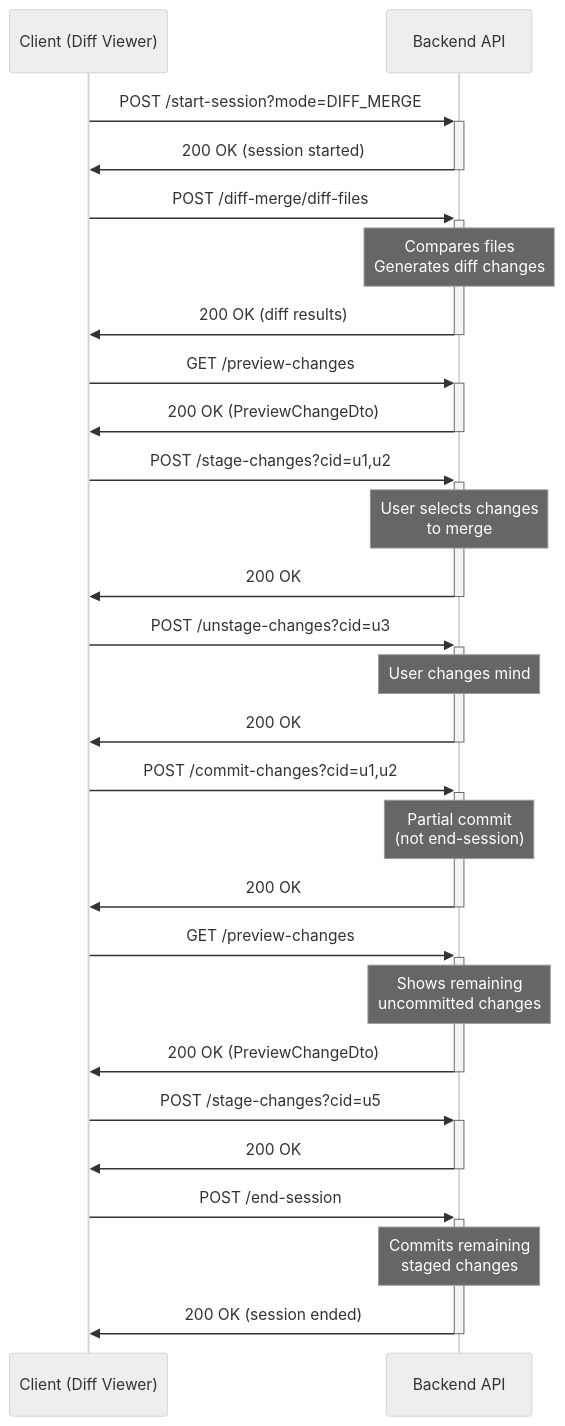
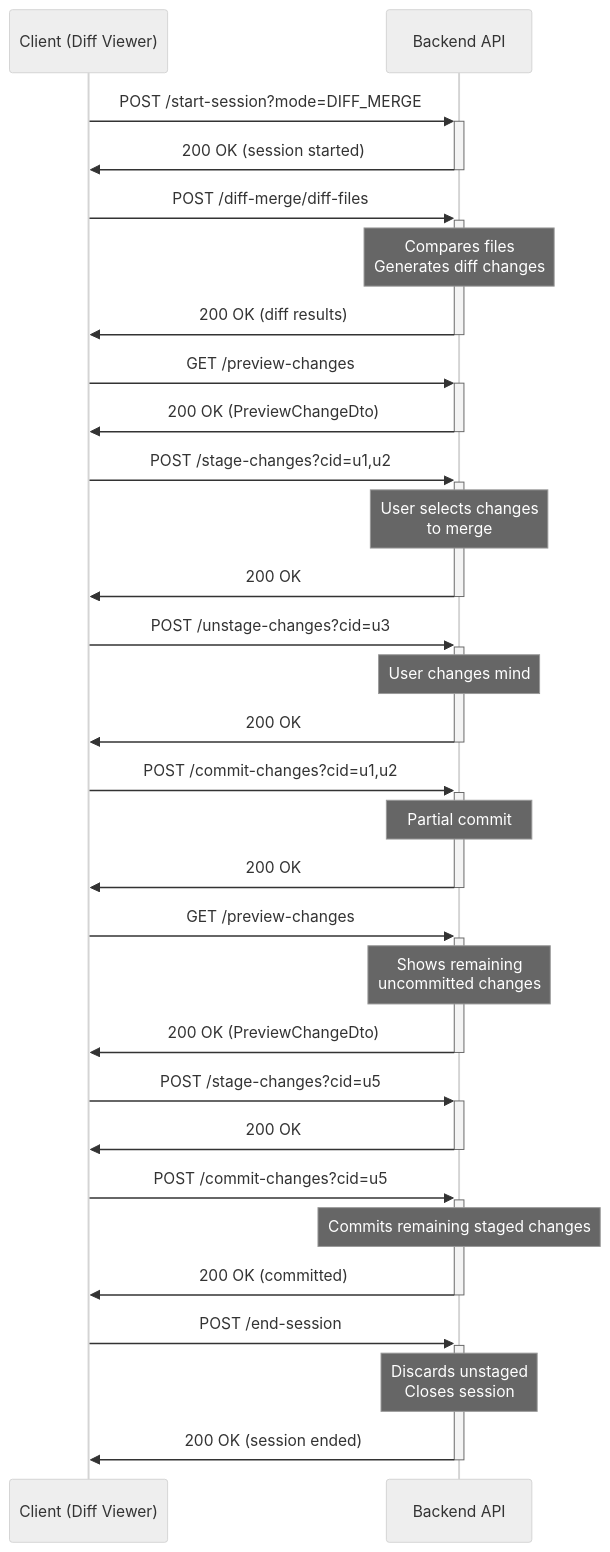
Before and after one commit to AudioReach/audioreach-creator-backend: the fourth of 4 diagrams in docs/apis/modification-framework-api-reference.md, drawn with Mermaid (neutral theme). The commit also changed other lines of this file and 19 other files, not shown here.

First line of the commit message:
docs(api): update session semantics and create-usecases response

````diff
--- a/docs/apis/modification-framework-api-reference.md
+++ b/docs/apis/modification-framework-api-reference.md
@@ -292,38 +305,42 @@
 ```mermaid
 sequenceDiagram
     participant UI as Client (Diff Viewer)
     participant API as Backend API
     
     UI->>+API: POST /start-session?mode=DIFF_MERGE
     API->>-UI: 200 OK (session started)
     
     UI->>+API: POST /diff-merge/diff-files
     Note over API: Compares files<br/>Generates diff changes
     API->>-UI: 200 OK (diff results)
     
     UI->>+API: GET /preview-changes
     API->>-UI: 200 OK (PreviewChangeDto)
     
     UI->>+API: POST /stage-changes?cid=u1,u2
     Note over API: User selects changes<br/>to merge
     API->>-UI: 200 OK
     
     UI->>+API: POST /unstage-changes?cid=u3
     Note over API: User changes mind
     API->>-UI: 200 OK
     
     UI->>+API: POST /commit-changes?cid=u1,u2
-    Note over API: Partial commit<br/>(not end-session)
+    Note over API: Partial commit
     API->>-UI: 200 OK
     
     UI->>+API: GET /preview-changes
     Note over API: Shows remaining<br/>uncommitted changes
     API->>-UI: 200 OK (PreviewChangeDto)
     
     UI->>+API: POST /stage-changes?cid=u5
     API->>-UI: 200 OK
     
+    UI->>+API: POST /commit-changes?cid=u5
+    Note over API: Commits remaining staged changes
+    API->>-UI: 200 OK (committed)
+    
     UI->>+API: POST /end-session
-    Note over API: Commits remaining<br/>staged changes
+    Note over API: Discards unstaged<br/>Closes session
     API->>-UI: 200 OK (session ended)
 ```
````
